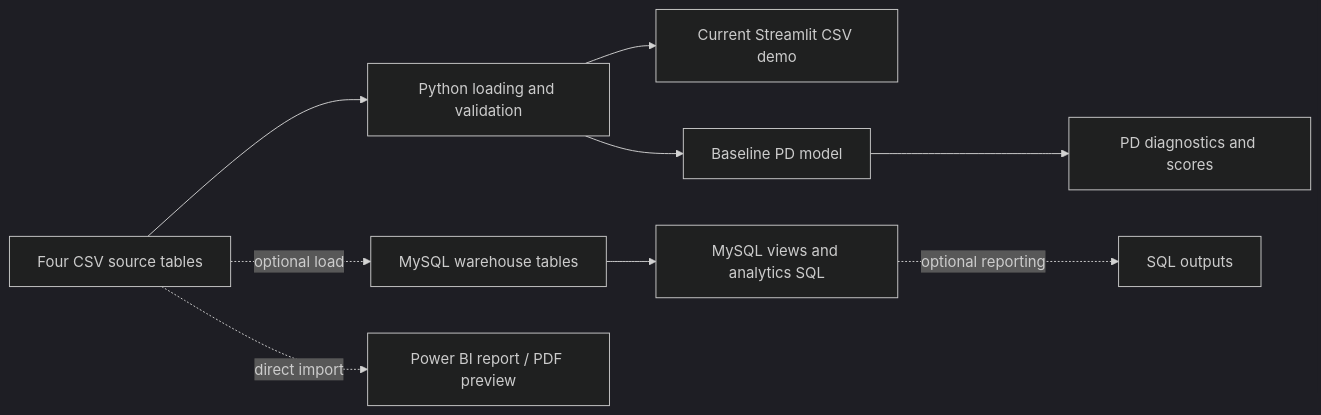
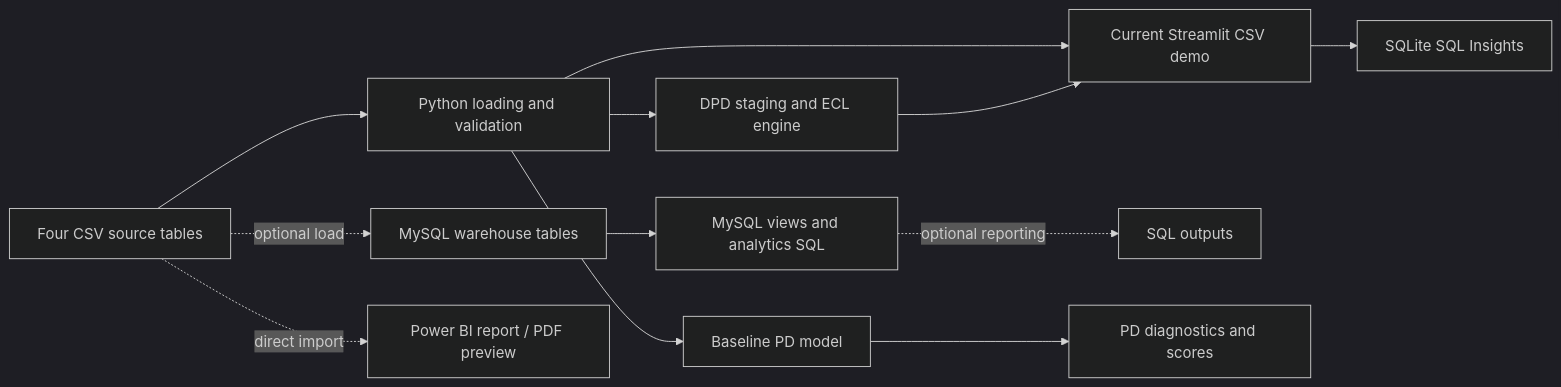
Before and after one commit to Vishal123-tech/Banking-Risk-Analytics-Platform-: the diagram in README.md, drawn with Mermaid (dark theme). The commit also changed other lines of this file and 4 other files, not shown here.

Commit message:
Add calculated ECL weighted stress and SQL insights

````diff
--- a/README.md
+++ b/README.md
@@ -127,11 +148,14 @@
 ```mermaid
 flowchart LR
     A[Four CSV source tables] --> B[Python loading and validation]
     B --> C[Current Streamlit CSV demo]
+    C --> J[SQLite SQL Insights]
     A -. optional load .-> D[MySQL warehouse tables]
     D --> E[MySQL views and analytics SQL]
     E -. optional reporting .-> F[SQL outputs]
     B --> G[Baseline PD model]
     G --> H[PD diagnostics and scores]
+    B --> K[DPD staging and ECL engine]
+    K --> C
     A -. direct import .-> I[Power BI report / PDF preview]
 ```
````
